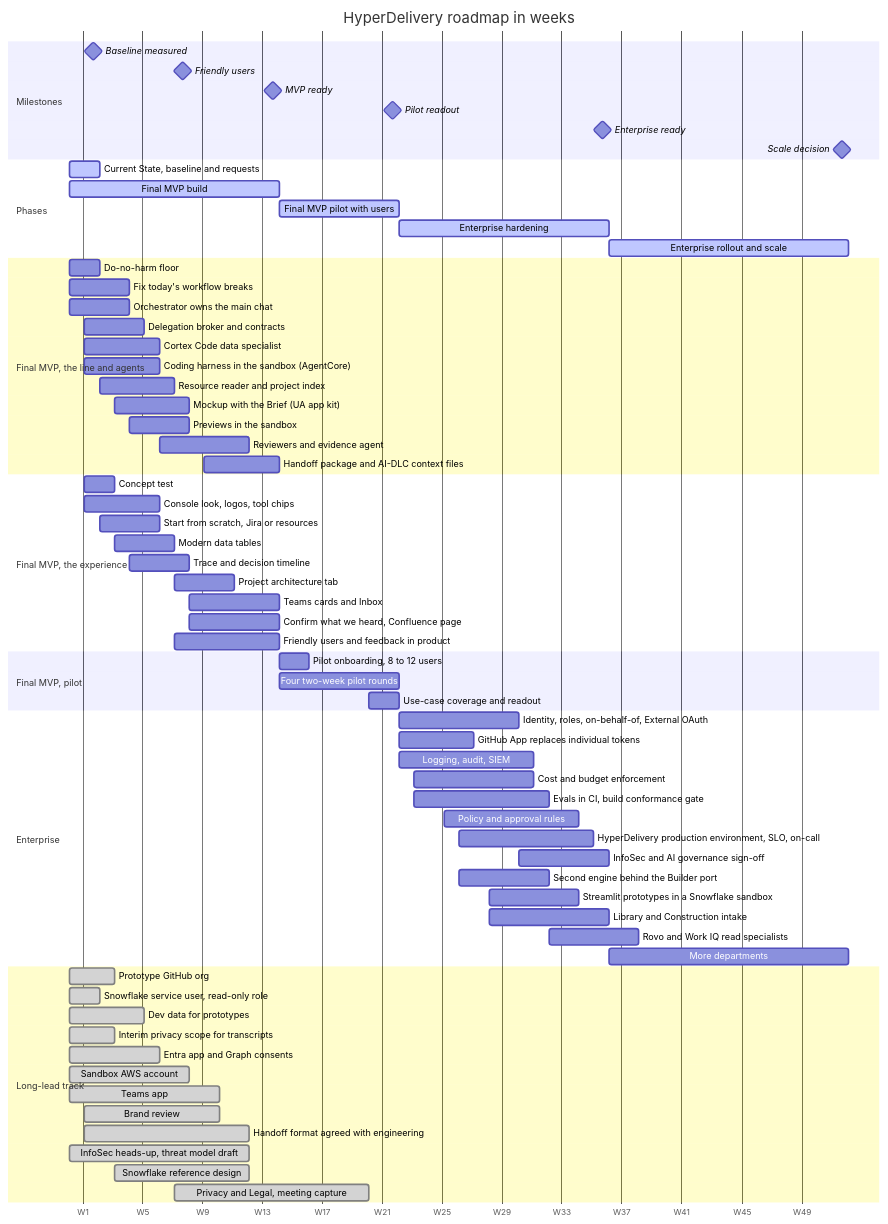
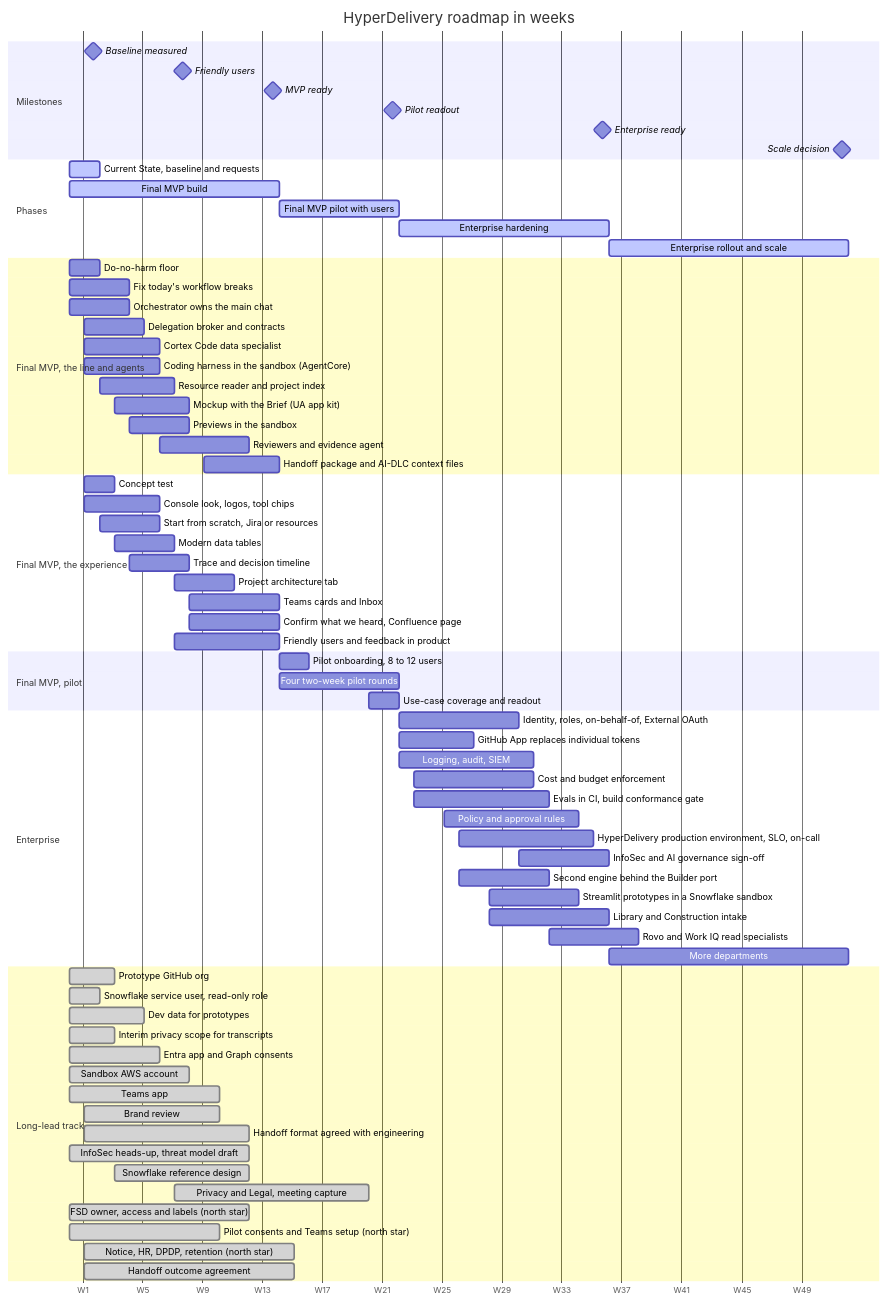
One commit to eitanflor/ua-hyperdelivery changed the second of 5 diagrams in docs/ua-dlc/enterprise-plan.md. Above: the diagram before and after it, drawn with Mermaid. The commit also changed other lines of this file and 35 other files, not shown here.

First line of the commit message:
Set the HyperDelivery north star and separate it from UA-DLC

````diff
--- a/docs/ua-dlc/enterprise-plan.md
+++ b/docs/ua-dlc/enterprise-plan.md
@@ -792,74 +819,78 @@
 ```mermaid
 gantt
   title HyperDelivery roadmap in weeks
   %% 2027-01-04 stands in for W1 so the axis reads W1 to W52; shift to the real start date.
   dateFormat YYYY-MM-DD
   axisFormat W%-V
   tickInterval 4week
   section Milestones
   Baseline measured :milestone, g0, 2027-01-15, 0d
   Friendly users :milestone, g1, 2027-02-26, 0d
   MVP ready :milestone, g2, 2027-04-09, 0d
   Pilot readout :milestone, g3, 2027-06-04, 0d
   Enterprise ready :milestone, g4, 2027-09-10, 0d
   Scale decision :milestone, g5, 2027-12-31, 0d
   section Phases
   Current State, baseline and requests :active, t0, 2027-01-04, 14d
   Final MVP build :active, t1, 2027-01-04, 98d
   Final MVP pilot with users :active, t2, 2027-04-12, 56d
   Enterprise hardening :active, t3, 2027-06-07, 98d
   Enterprise rollout and scale :active, t4, 2027-09-13, 112d
   section Final MVP, the line and agents
   Do-no-harm floor :t5, 2027-01-04, 14d
   Fix today's workflow breaks :t6, 2027-01-04, 28d
   Orchestrator owns the main chat :t7, 2027-01-04, 28d
   Delegation broker and contracts :t8, 2027-01-11, 28d
   Cortex Code data specialist :t9, 2027-01-11, 35d
   Coding harness in the sandbox (AgentCore) :t10, 2027-01-11, 35d
   Resource reader and project index :t11, 2027-01-18, 35d
   Mockup with the Brief (UA app kit) :t12, 2027-01-25, 35d
   Previews in the sandbox :t13, 2027-02-01, 28d
   Reviewers and evidence agent :t14, 2027-02-15, 42d
   Handoff package and AI-DLC context files :t15, 2027-03-08, 35d
   section Final MVP, the experience
   Concept test :t16, 2027-01-11, 14d
   Console look, logos, tool chips :t17, 2027-01-11, 35d
   Start from scratch, Jira or resources :t18, 2027-01-18, 28d
   Modern data tables :t19, 2027-01-25, 28d
   Trace and decision timeline :t20, 2027-02-01, 28d
   Project architecture tab :t21, 2027-02-22, 28d
   Teams cards and Inbox :t22, 2027-03-01, 42d
   Confirm what we heard, Confluence page :t23, 2027-03-01, 42d
   Friendly users and feedback in product :t24, 2027-02-22, 49d
   section Final MVP, pilot
   Pilot onboarding, 8 to 12 users :t25, 2027-04-12, 14d
   Four two-week pilot rounds :t26, 2027-04-12, 56d
   Use-case coverage and readout :t27, 2027-05-24, 14d
   section Enterprise
   Identity, roles, on-behalf-of, External OAuth :t28, 2027-06-07, 56d
   GitHub App replaces individual tokens :t29, 2027-06-07, 35d
   Logging, audit, SIEM :t30, 2027-06-07, 63d
   Cost and budget enforcement :t31, 2027-06-14, 56d
   Evals in CI, build conformance gate :t32, 2027-06-14, 63d
   Policy and approval rules :t33, 2027-06-28, 63d
   HyperDelivery production environment, SLO, on-call :t34, 2027-07-05, 63d
   InfoSec and AI governance sign-off :t35, 2027-08-02, 42d
   Second engine behind the Builder port :t36, 2027-07-05, 42d
   Streamlit prototypes in a Snowflake sandbox :t37, 2027-07-19, 42d
   Library and Construction intake :t38, 2027-07-19, 56d
   Rovo and Work IQ read specialists :t39, 2027-08-16, 42d
   More departments :t40, 2027-09-13, 112d
   section Long-lead track
   Prototype GitHub org :done, t41, 2027-01-04, 21d
   Snowflake service user, read-only role :done, t42, 2027-01-04, 14d
   Dev data for prototypes :done, t43, 2027-01-04, 35d
   Interim privacy scope for transcripts :done, t44, 2027-01-04, 21d
   Entra app and Graph consents :done, t45, 2027-01-04, 42d
   Sandbox AWS account :done, t46, 2027-01-04, 56d
   Teams app :done, t47, 2027-01-04, 70d
   Brand review :done, t48, 2027-01-11, 63d
   Handoff format agreed with engineering :done, t49, 2027-01-11, 77d
   InfoSec heads-up, threat model draft :done, t50, 2027-01-04, 84d
   Snowflake reference design :done, t51, 2027-01-25, 63d
   Privacy and Legal, meeting capture :done, t52, 2027-02-22, 91d
+  FSD owner, access and labels (north star) :done, t53, 2027-01-04, 84d
+  Pilot consents and Teams setup (north star) :done, t54, 2027-01-04, 70d
+  Notice, HR, DPDP, retention (north star) :done, t55, 2027-01-11, 98d
+  Handoff outcome agreement :done, t56, 2027-01-11, 98d
 ```
````
